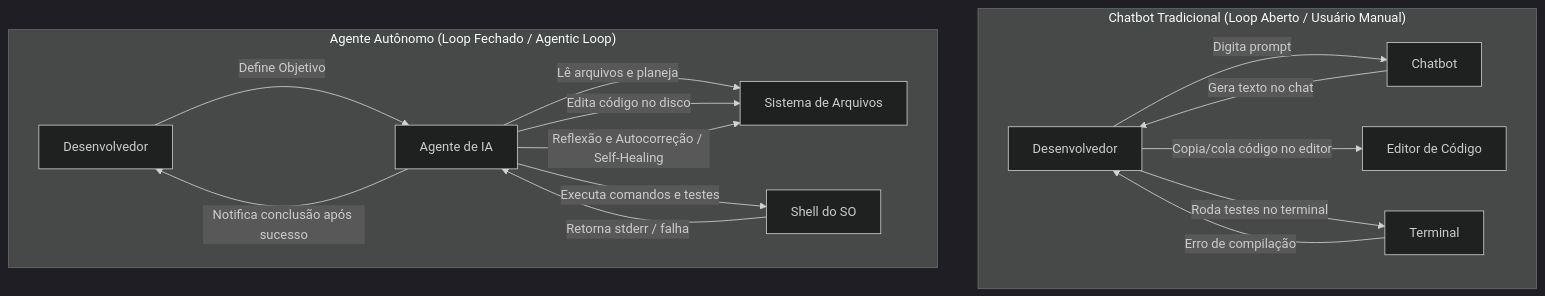
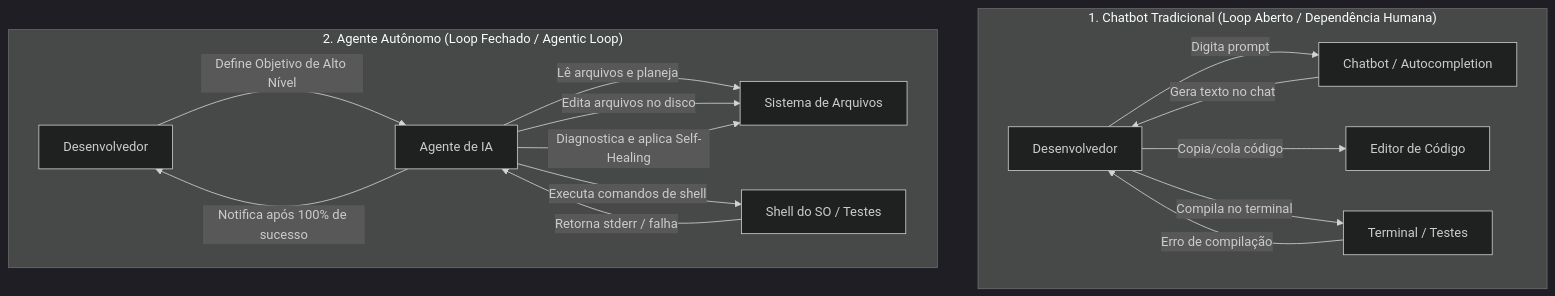
Before and after one commit to thiagosantos346/TCE-GO-2027: the first of 6 diagrams in fontes_de_estudo/conhecimentos_especificos_b02_ti/06_engenharia_software_ia_e_sistemas_agentivos/02_arquitetura_de_sistemas_agentivos_e_ferramentas_cli_ide.md, drawn with Mermaid (dark theme). The commit also changed other lines of this file and 119 other files, not shown here.

````diff
--- a/fontes_de_estudo/conhecimentos_especificos_b02_ti/06_engenharia_software_ia_e_sistemas_agentivos/02_arquitetura_de_sistemas_agentivos_e_ferramentas_cli_ide.md
+++ b/fontes_de_estudo/conhecimentos_especificos_b02_ti/06_engenharia_software_ia_e_sistemas_agentivos/02_arquitetura_de_sistemas_agentivos_e_ferramentas_cli_ide.md
@@ -67,20 +43,20 @@
 ```mermaid
 flowchart TD
-    subgraph "Chatbot Tradicional (Loop Aberto / Usuário Manual)"
-        U1["Desenvolvedor"] -->|Digita prompt| CB["Chatbot"]
+    subgraph Chatbot["1. Chatbot Tradicional (Loop Aberto / Dependência Humana)"]
+        U1["Desenvolvedor"] -->|Digita prompt| CB["Chatbot / Autocompletion"]
         CB -->|Gera texto no chat| U1
-        U1 -->|Copia/cola código no editor| ID1["Editor de Código"]
-        U1 -->|Roda testes no terminal| TR1["Terminal"]
+        U1 -->|Copia/cola código| IDE1["Editor de Código"]
+        U1 -->|Compila no terminal| TR1["Terminal / Testes"]
         TR1 -->|Erro de compilação| U1
     end
 
-    subgraph "Agente Autônomo (Loop Fechado / Agentic Loop)"
-        U2["Desenvolvedor"] -->|Define Objetivo| AG["Agente de IA"]
+    subgraph Agente["2. Agente Autônomo (Loop Fechado / Agentic Loop)"]
+        U2["Desenvolvedor"] -->|Define Objetivo de Alto Nível| AG["Agente de IA"]
         AG -->|Lê arquivos e planeja| FS["Sistema de Arquivos"]
-        AG -->|Edita código no disco| FS
-        AG -->|Executa comandos e testes| SH["Shell do SO"]
+        AG -->|Edita arquivos no disco| FS
+        AG -->|Executa comandos de shell| SH["Shell do SO / Testes"]
         SH -->|Retorna stderr / falha| AG
-        AG -->|Reflexão e Autocorreção / Self-Healing| FS
-        AG -->|Notifica conclusão após sucesso| U2
+        AG -->|Diagnostica e aplica Self-Healing| FS
+        AG -->|Notifica após 100% de sucesso| U2
     end
 ```
````
